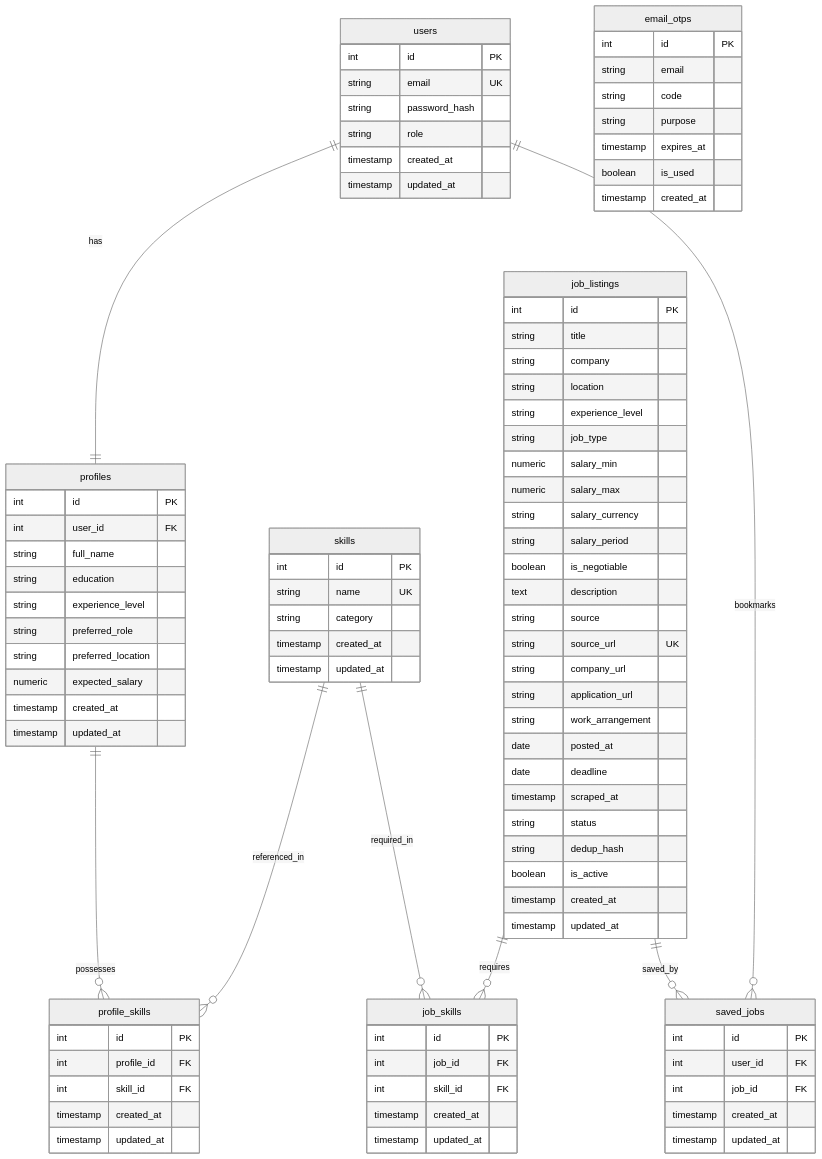
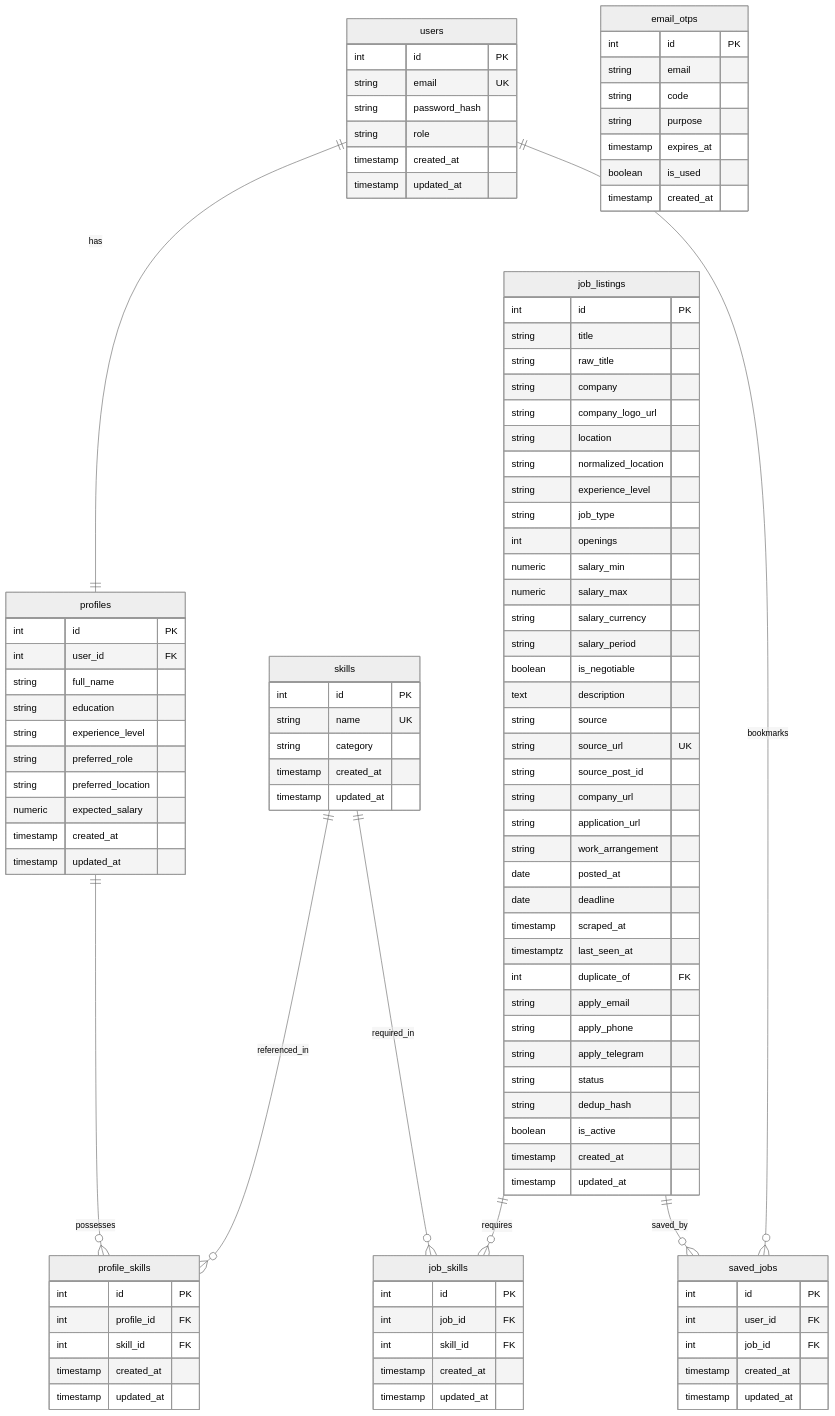
One commit to RETH-CHANRITH/project-practicum-blueprint changed the diagram in context/phase-03/03_database_erd.md. Above: the diagram before and after it, drawn with Mermaid (neutral theme). The commit also changed other lines of this file and 36 other files, not shown here.

```diff
--- a/context/phase-03/03_database_erd.md
+++ b/context/phase-03/03_database_erd.md
@@ -72,10 +72,14 @@
     job_listings {
         int id PK
         string title
+        string raw_title
         string company
+        string company_logo_url
         string location
+        string normalized_location
         string experience_level
         string job_type
+        int openings
         numeric salary_min
         numeric salary_max
         string salary_currency
@@ -84,12 +88,18 @@
         text description
         string source
         string source_url UK
+        string source_post_id
         string company_url
         string application_url
         string work_arrangement
         date posted_at
         date deadline
         timestamp scraped_at
+        timestamptz last_seen_at
+        int duplicate_of FK
+        string apply_email
+        string apply_phone
+        string apply_telegram
         string status
         string dedup_hash
         boolean is_active
```
